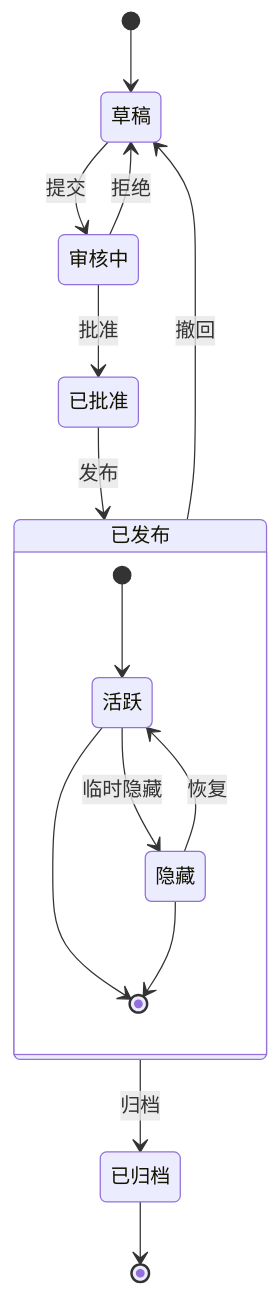
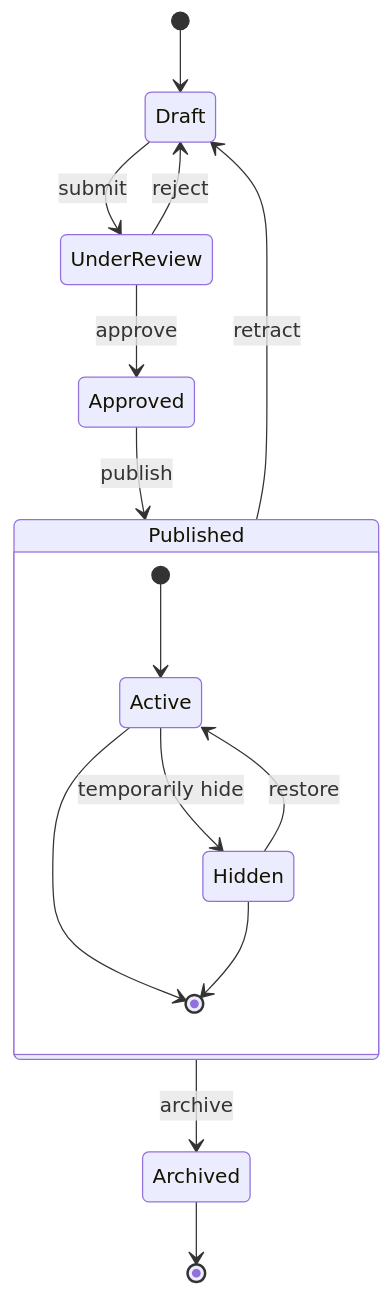
One commit to Erym03/lacorteblu.github.io changed the fifth of 6 diagrams in src/content/posts/markdown-mermaid.md. Above: the diagram before and after it, drawn with Mermaid. The commit also changed other lines of this file and 572 other files, not shown here.

````diff
--- a/src/content/posts/markdown-mermaid.md
+++ b/src/content/posts/markdown-mermaid.md
@@ -151,21 +151,21 @@
 ```mermaid
 stateDiagram-v2
-    [*] --> 草稿
+    [*] --> Draft
     
-    草稿 --> 审核中 : 提交
-    审核中 --> 草稿 : 拒绝
-    审核中 --> 已批准 : 批准
-    已批准 --> 已发布 : 发布
-    已发布 --> 已归档 : 归档
-    已发布 --> 草稿 : 撤回
+    Draft --> UnderReview : submit
+    UnderReview --> Draft : reject
+    UnderReview --> Approved : approve
+    Approved --> Published : publish
+    Published --> Archived : archive
+    Published --> Draft : retract
     
-    state 已发布 {
-        [*] --> 活跃
-        活跃 --> 隐藏 : 临时隐藏
-        隐藏 --> 活跃 : 恢复
-        活跃 --> [*]
-        隐藏 --> [*]
+    state Published {
+        [*] --> Active
+        Active --> Hidden : temporarily hide
+        Hidden --> Active : restore
+        Active --> [*]
+        Hidden --> [*]
     }
     
-    已归档 --> [*]
+    Archived --> [*]
 ```
````
